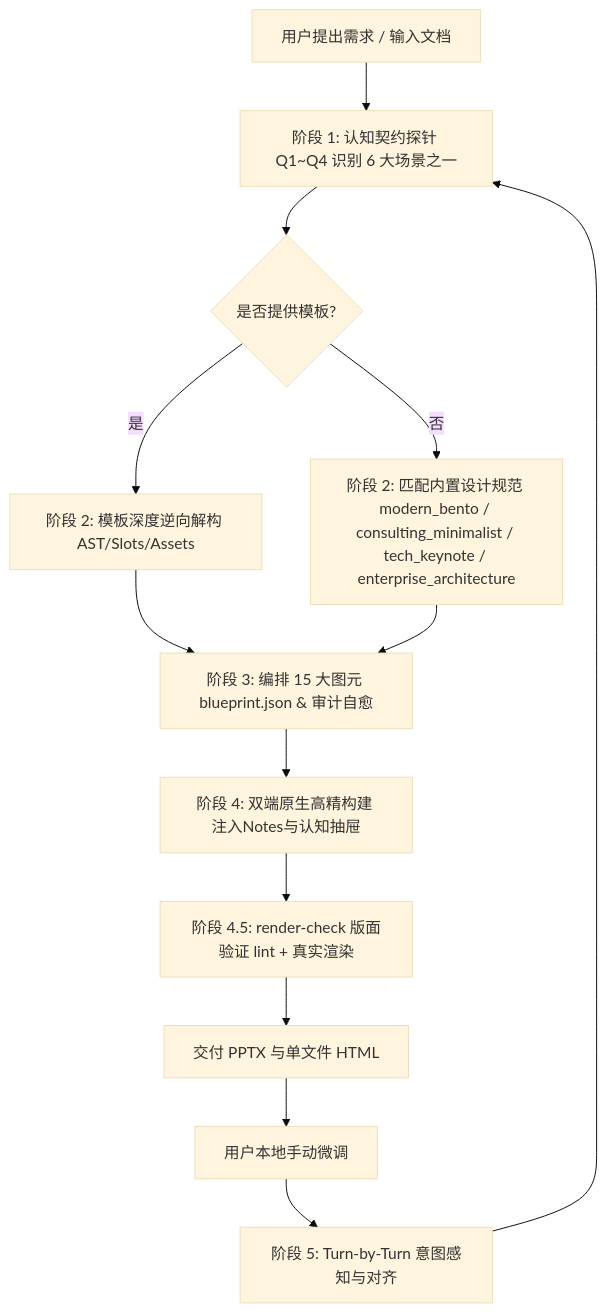
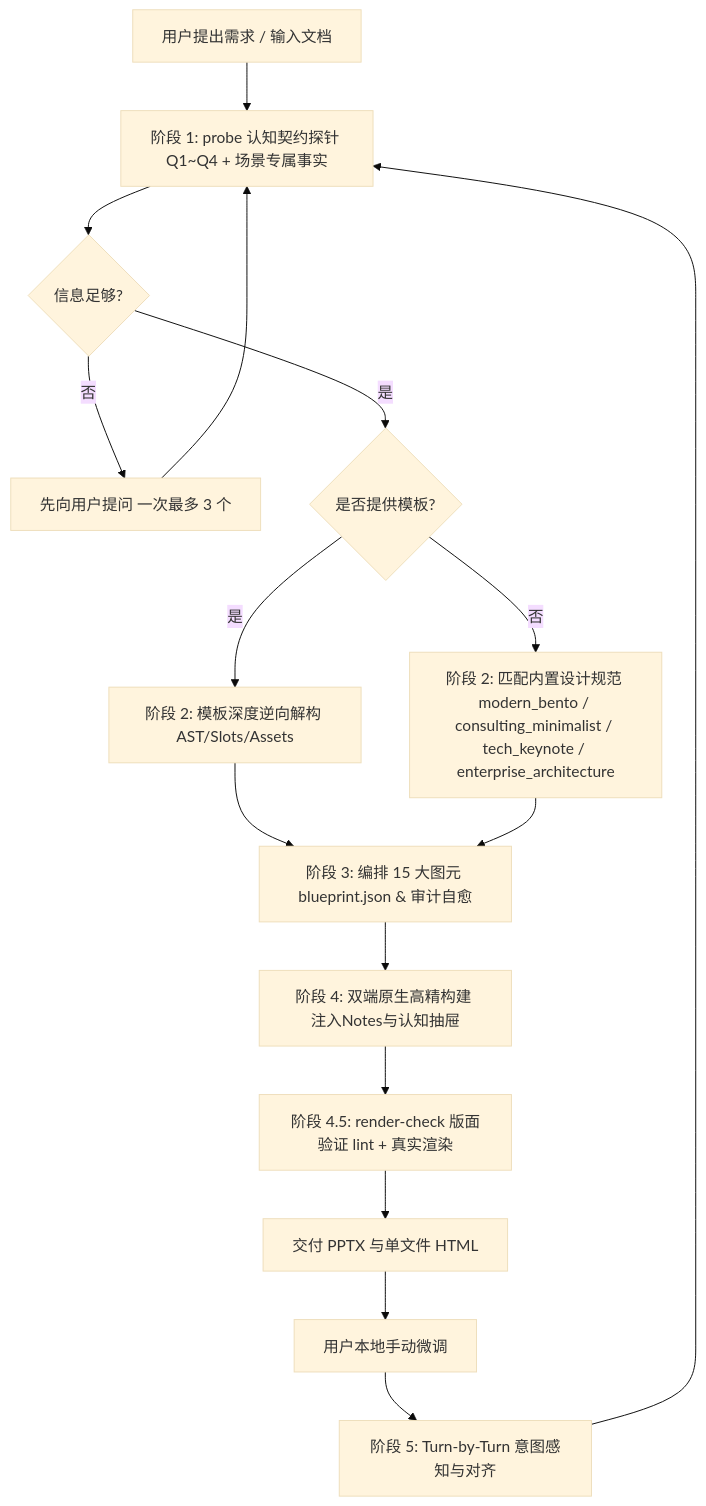
One commit to kts-kris/undoPPT changed the diagram in .agents/skills/undo-ppt/SKILL.md. Above: the diagram before and after it, drawn with Mermaid (base theme). The commit also changed other lines of this file and 20 other files, not shown here.

````diff
--- a/.agents/skills/undo-ppt/SKILL.md
+++ b/.agents/skills/undo-ppt/SKILL.md
@@ -126,15 +126,18 @@
 ```mermaid
 graph TD
-    A[用户提出需求 / 输入文档] --> B[阶段 1: 认知契约探针 Q1~Q4 识别 6 大场景之一]
-    B --> C{是否提供模板?}
+    A[用户提出需求 / 输入文档] --> B[阶段 1: probe 认知契约探针 Q1~Q4 + 场景专属事实]
+    B --> R{信息足够?}
+    R -- 否 --> Q[先向用户提问 一次最多 3 个]
+    Q --> B
+    R -- 是 --> C{是否提供模板?}
     C -- 是 --> D[阶段 2: 模板深度逆向解构 AST/Slots/Assets]
     C -- 否 --> E[阶段 2: 匹配内置设计规范 modern_bento / consulting_minimalist / tech_keynote / enterprise_architecture]
     D --> F[阶段 3: 编排 15 大图元 blueprint.json & 审计自愈]
     E --> F
     F --> G[阶段 4: 双端原生高精构建 注入Notes与认知抽屉]
     G --> V[阶段 4.5: render-check 版面验证 lint + 真实渲染]
     V --> H[交付 PPTX 与单文件 HTML]
     H --> I[用户本地手动微调]
     I --> J[阶段 5: Turn-by-Turn 意图感知与对齐]
     J --> B
 ```
````
